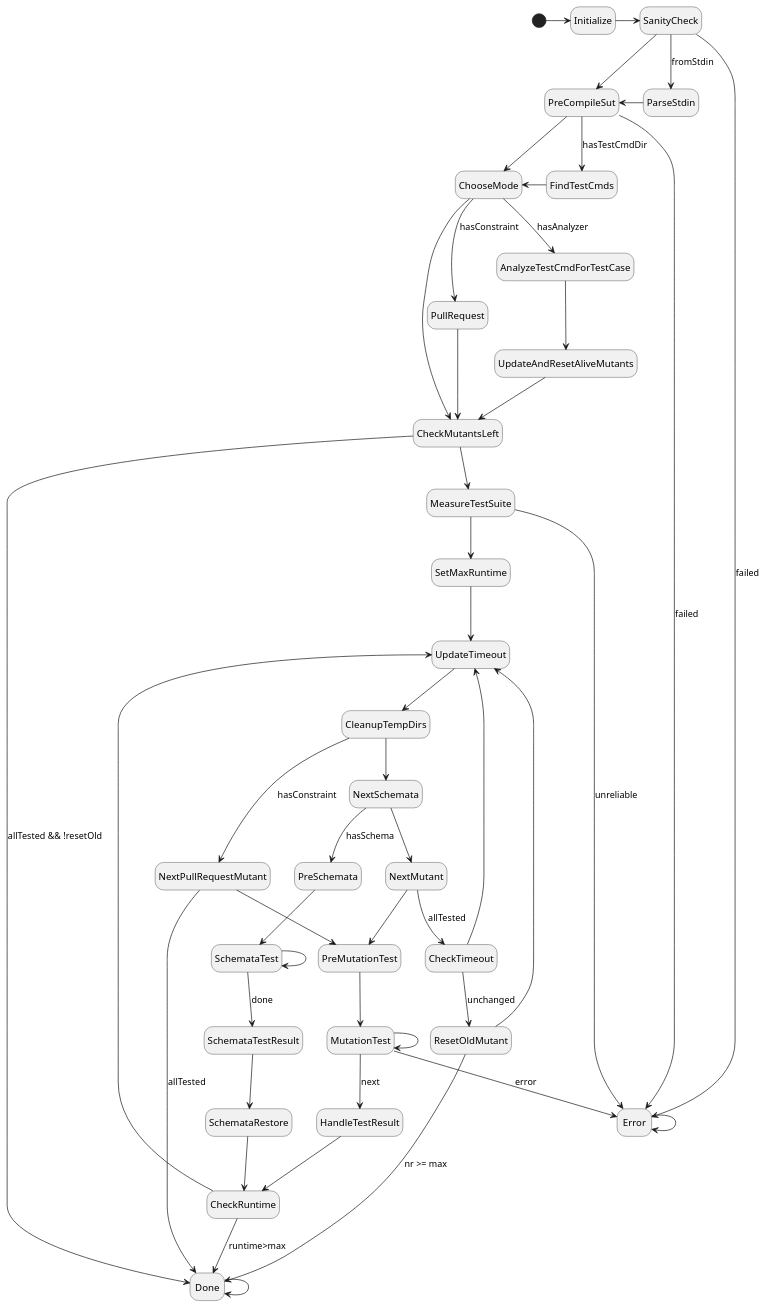
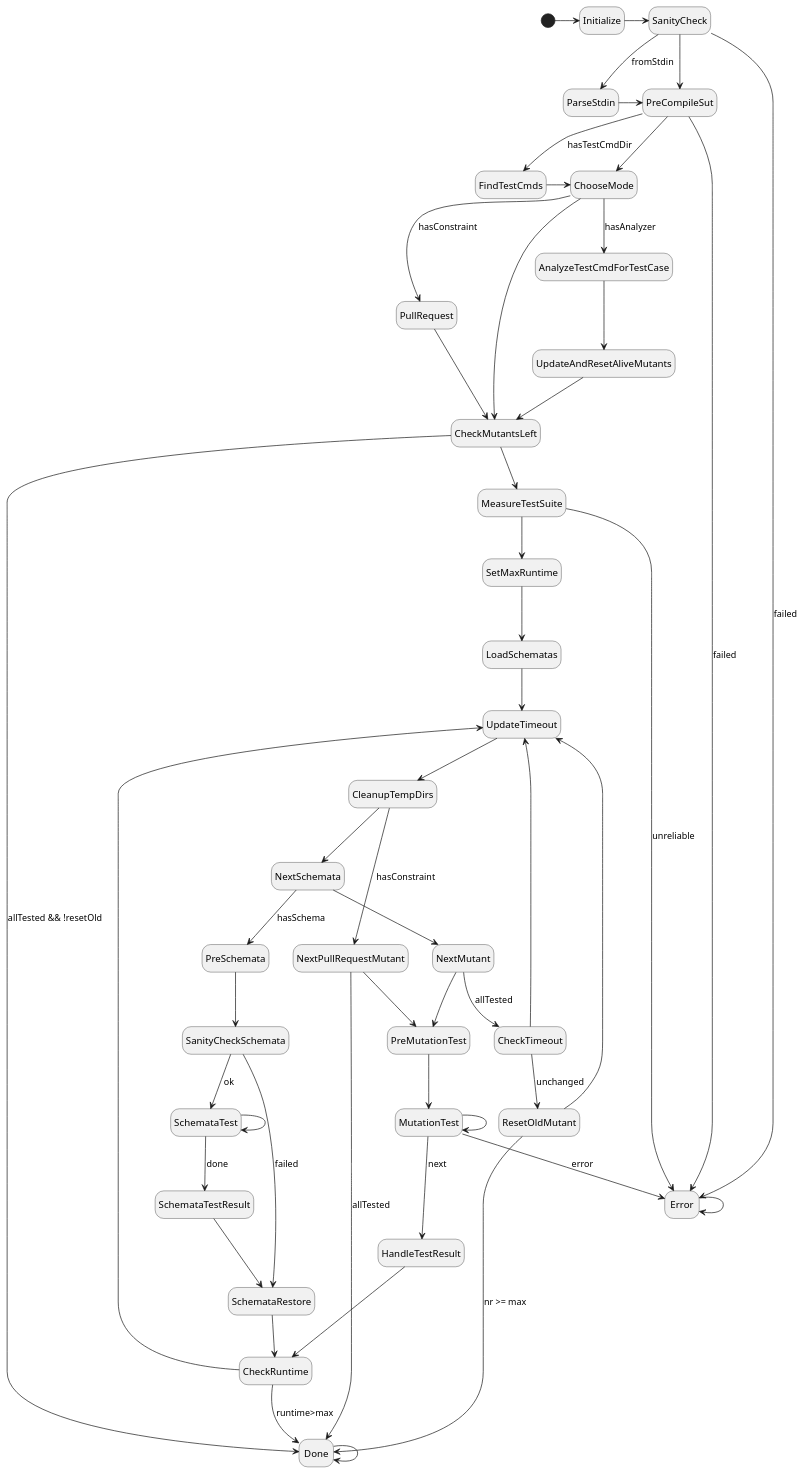
The diagram in plugin/mutate/doc/design/figures/test_mutant_fsm.pu (joakim-brannstrom/dextool), drawn with PlantUML before and after one commit. The commit also changed 2 other files, not shown here.

Commit message:
mutate: add design notes for the the schemata design

```diff
--- a/plugin/mutate/doc/design/figures/test_mutant_fsm.pu
+++ b/plugin/mutate/doc/design/figures/test_mutant_fsm.pu
@@ -1,75 +1,79 @@
 @startuml
 hide empty description
 
 [*] -> Initialize
 
 Initialize -> SanityCheck
 
 SanityCheck --> Error : failed
 SanityCheck --> ParseStdin : fromStdin
 SanityCheck -> PreCompileSut
 
 ParseStdin -> PreCompileSut
 
 PreCompileSut --> Error : failed
 PreCompileSut --> FindTestCmds : hasTestCmdDir
 PreCompileSut --> ChooseMode
 
 FindTestCmds -> ChooseMode
 
 ChooseMode --> AnalyzeTestCmdForTestCase : hasAnalyzer
 ChooseMode --> PullRequest : hasConstraint
 ChooseMode --> CheckMutantsLeft
 
 PullRequest -> CheckMutantsLeft
 
 AnalyzeTestCmdForTestCase --> UpdateAndResetAliveMutants
 
 UpdateAndResetAliveMutants --> CheckMutantsLeft
 
 UpdateTimeout --> CleanupTempDirs
 
 CleanupTempDirs --> NextSchemata
 CleanupTempDirs --> NextPullRequestMutant : hasConstraint
 
 CheckMutantsLeft --> Done : allTested && !resetOld
 CheckMutantsLeft --> MeasureTestSuite
 
 MeasureTestSuite --> Error : unreliable
 MeasureTestSuite --> SetMaxRuntime
 
-SetMaxRuntime --> UpdateTimeout
+SetMaxRuntime --> LoadSchematas
+
+LoadSchematas --> UpdateTimeout
 
 CheckRuntime --> UpdateTimeout
 CheckRuntime --> Done : runtime>max
 
 NextPullRequestMutant --> PreMutationTest
 NextPullRequestMutant --> Done : allTested
 
 NextSchemata --> PreSchemata : hasSchema
 NextSchemata --> NextMutant
-PreSchemata --> SchemataTest
+PreSchemata --> SanityCheckSchemata
+SanityCheckSchemata --> SchemataRestore : failed
+SanityCheckSchemata --> SchemataTest : ok
 SchemataTest --> SchemataTest
 SchemataTest --> SchemataTestResult : done
 SchemataTestResult --> SchemataRestore
 SchemataRestore --> CheckRuntime
 
 NextMutant --> CheckTimeout : allTested
 NextMutant --> PreMutationTest
 PreMutationTest --> MutationTest
 MutationTest --> HandleTestResult : next
 MutationTest --> Error : error
 MutationTest --> MutationTest
 
 HandleTestResult --> CheckRuntime
 
 CheckTimeout --> ResetOldMutant : unchanged
 CheckTimeout --> UpdateTimeout
 
 ResetOldMutant --> UpdateTimeout
 ResetOldMutant --> Done : nr >= max
 
 Done --> Done
 
 Error --> Error
 @enduml
```
